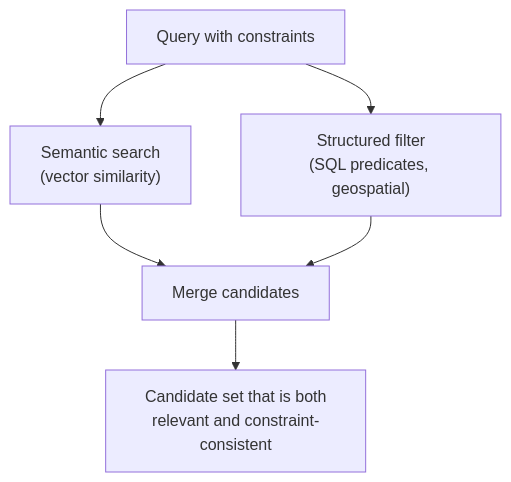
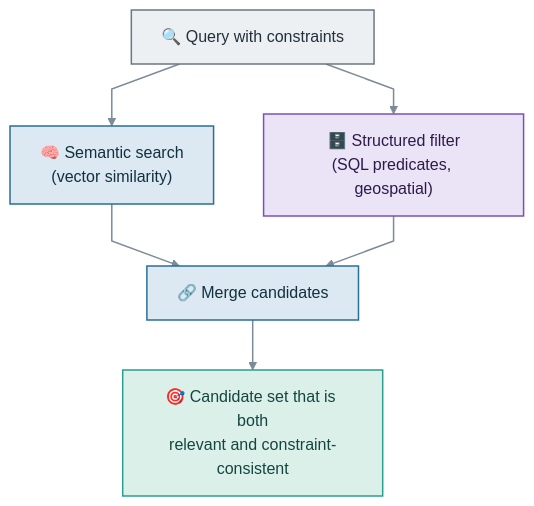
One commit to nitishkpandey/SupplierMind changed the second of 3 diagrams in thesis/foundation.md. Above: the diagram before and after it, drawn with Mermaid. The commit also changed other lines of this file and 24 other files, not shown here.

First line of the commit message:
Add Chapter 5 result charts and colourful diagram images

````diff
--- a/thesis/foundation.md
+++ b/thesis/foundation.md
@@ -210,8 +221,19 @@
 ```mermaid
+%%{init: {"flowchart": {"curve": "linear", "htmlLabels": true}}}%%
 flowchart TD
-    Q["Query with constraints"] --> S["Semantic search<br/>(vector similarity)"]
-    Q --> F["Structured filter<br/>(SQL predicates, geospatial)"]
-    S --> M["Merge candidates"]
+    Q["🔍 Query with constraints"] --> S["🧠 Semantic search<br/>(vector similarity)"]
+    Q --> F["🗄️ Structured filter<br/>(SQL predicates, geospatial)"]
+    S --> M["🔗 Merge candidates"]
     F --> M
-    M --> O["Candidate set that is both<br/>relevant and constraint-consistent"]
+    M --> O["🎯 Candidate set that is both<br/>relevant and constraint-consistent"]
+
+    classDef io fill:#EDF0F2,stroke:#6B7785,stroke-width:1.5px,color:#22303C;
+    classDef proc fill:#DCE9F2,stroke:#2A6F97,stroke-width:1.5px,color:#12303F;
+    classDef store fill:#EBE4F7,stroke:#7B4FC0,stroke-width:1.5px,color:#2E1A4A;
+    classDef done fill:#DCF0EA,stroke:#2A9D8F,stroke-width:1.5px,color:#14463F;
+    class Q io;
+    class S,M proc;
+    class F store;
+    class O done;
+    linkStyle default stroke:#7C8B98,stroke-width:1.5px;
 ```
````
